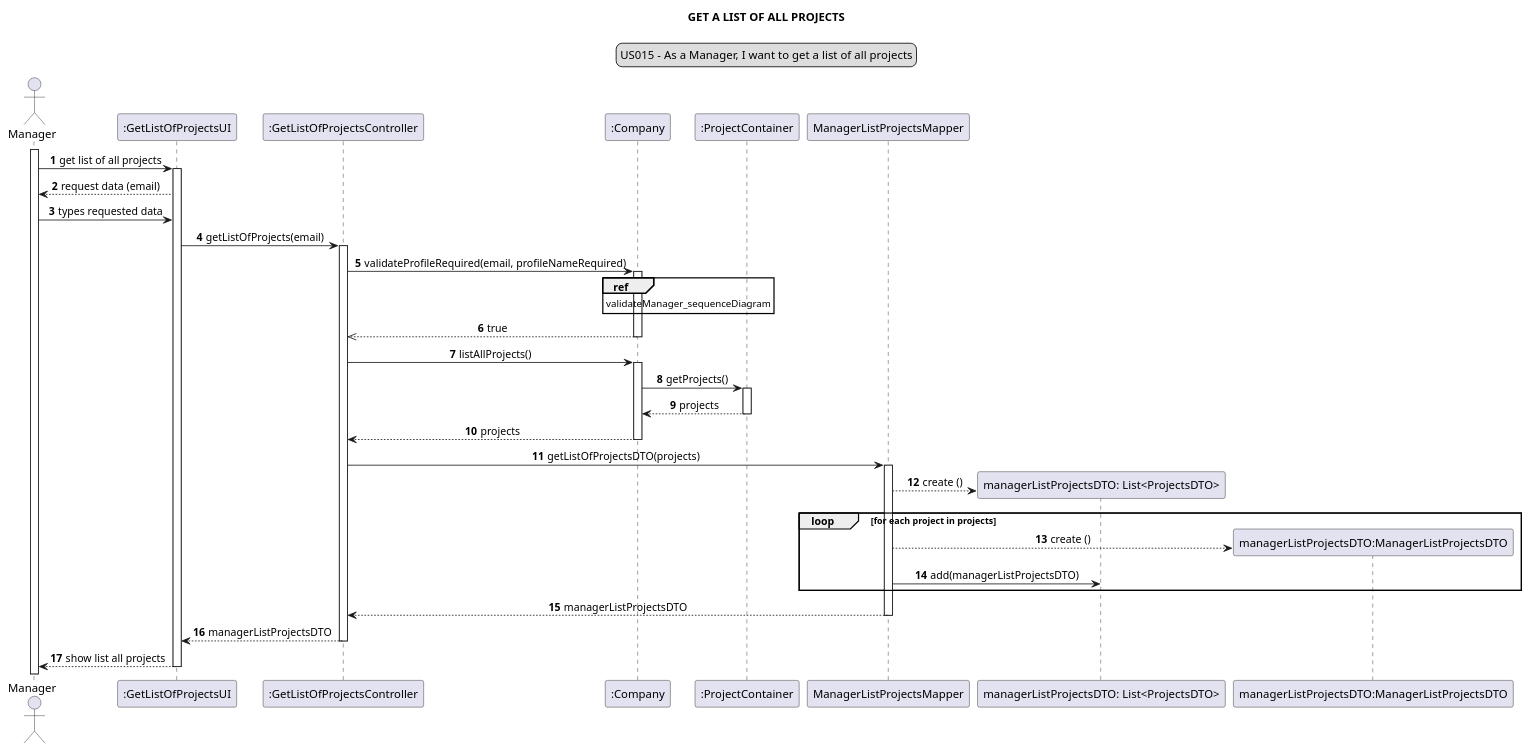
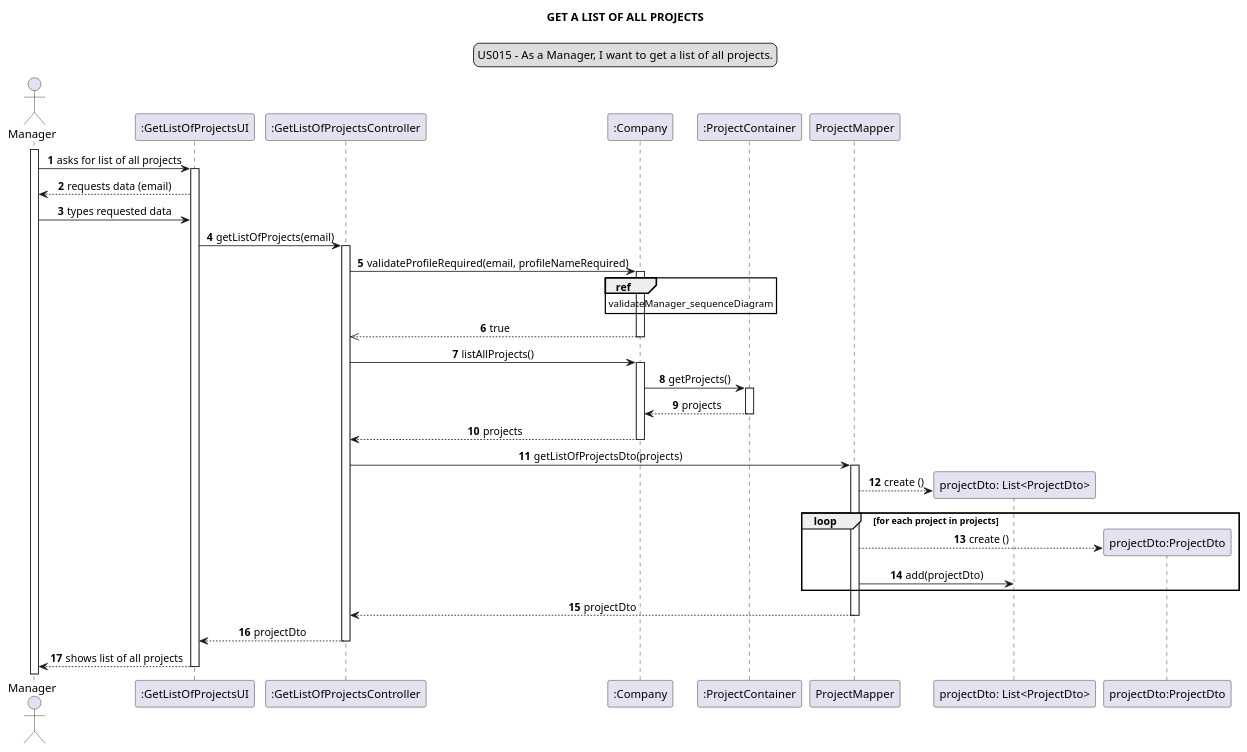
Before and after one commit to Loracline/project_switch_22-23: the diagram in docs/modelling_design/user_stories/sprint02/us015/US015_sequenceDiagram.puml, drawn with PlantUML. The commit also changed 20 other files, not shown here.

```diff
--- a/docs/modelling_design/user_stories/sprint02/us015/US015_sequenceDiagram.puml
+++ b/docs/modelling_design/user_stories/sprint02/us015/US015_sequenceDiagram.puml
@@ -1,52 +1,55 @@
 @startuml
+
 skinparam sequenceMessageAlign center
 title GET A LIST OF ALL PROJECTS
 legend top
-US015 - As a Manager, I want to get a list of all projects
+US015 - As a Manager, I want to get a list of all projects.
 end legend
 autonumber
 actor Manager
+
 participant ":GetListOfProjectsUI" as ui
 participant ":GetListOfProjectsController" as controller
 participant ":Company" as company
 participant ":ProjectContainer" as pc
-participant "ManagerListProjectsMapper" as mapper
-participant "managerListProjectsDTO: List<ProjectsDTO>" as list
-participant "managerListProjectsDTO:ManagerListProjectsDTO" as DTO
+participant "ProjectMapper" as mapper
+participant "projectDto: List<ProjectDto>" as list
+participant "projectDto:ProjectDto" as dto
 
 activate Manager
-Manager -> ui: get list of all projects
+Manager -> ui: asks for list of all projects
 activate ui
-ui --> Manager: request data (email)
+ui --> Manager: requests data (email)
 Manager -> ui: types requested data
 ui -> controller: getListOfProjects(email)
 activate controller
 controller -> company: validateProfileRequired(email, profileNameRequired)
 activate company
 ref over company: validateManager_sequenceDiagram
 company -->> controller: true
 deactivate company
 controller -> company: listAllProjects()
 activate company
 company -> pc: getProjects()
 activate pc
 pc --> company: projects
 deactivate pc
 company --> controller: projects
 deactivate company
-controller -> mapper: getListOfProjectsDTO(projects)
+controller -> mapper: getListOfProjectsDto(projects)
 activate mapper
 create list
 mapper --> list: create ()
 loop for each project in projects
-create DTO
-mapper --> DTO: create ()
-mapper -> list: add(managerListProjectsDTO)
+create dto
+mapper --> dto: create ()
+mapper -> list: add(projectDto)
 end loop
-controller <-- mapper: managerListProjectsDTO
+controller <-- mapper: projectDto
 deactivate mapper
-ui <-- controller: managerListProjectsDTO
+ui <-- controller: projectDto
 deactivate controller
-ui --> Manager: show list all projects
+ui --> Manager: shows list of all projects
 deactivate ui
+
 @enduml
```
